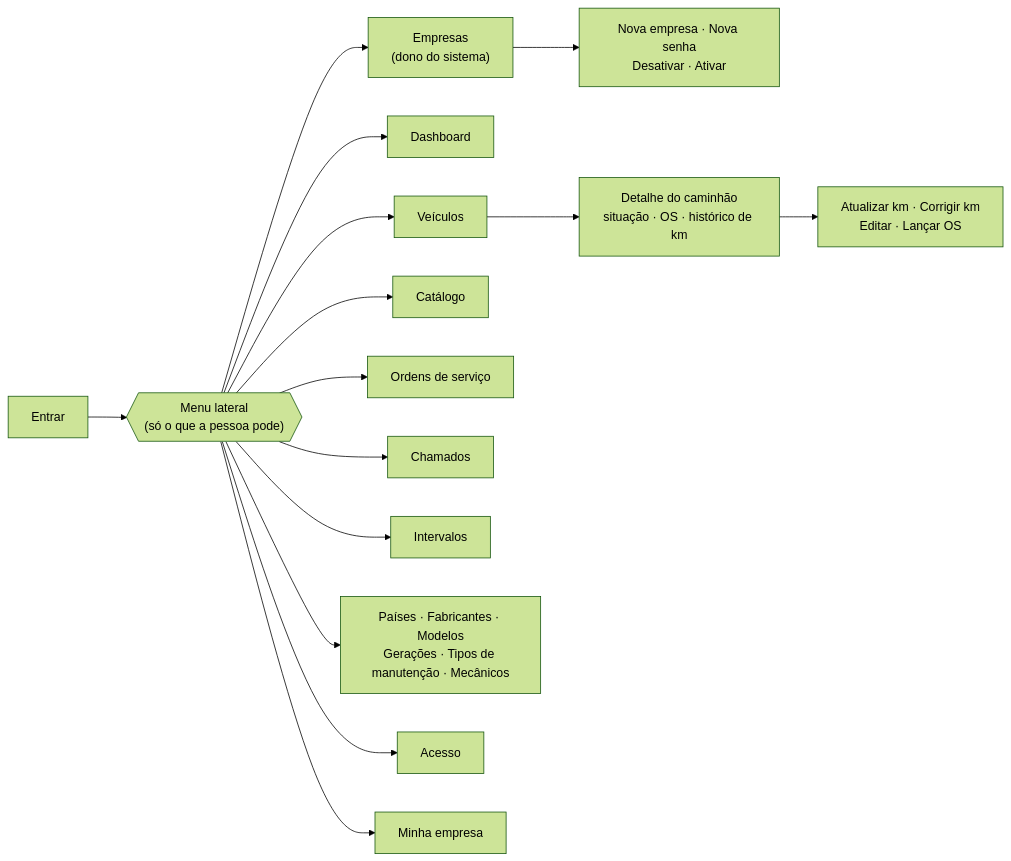
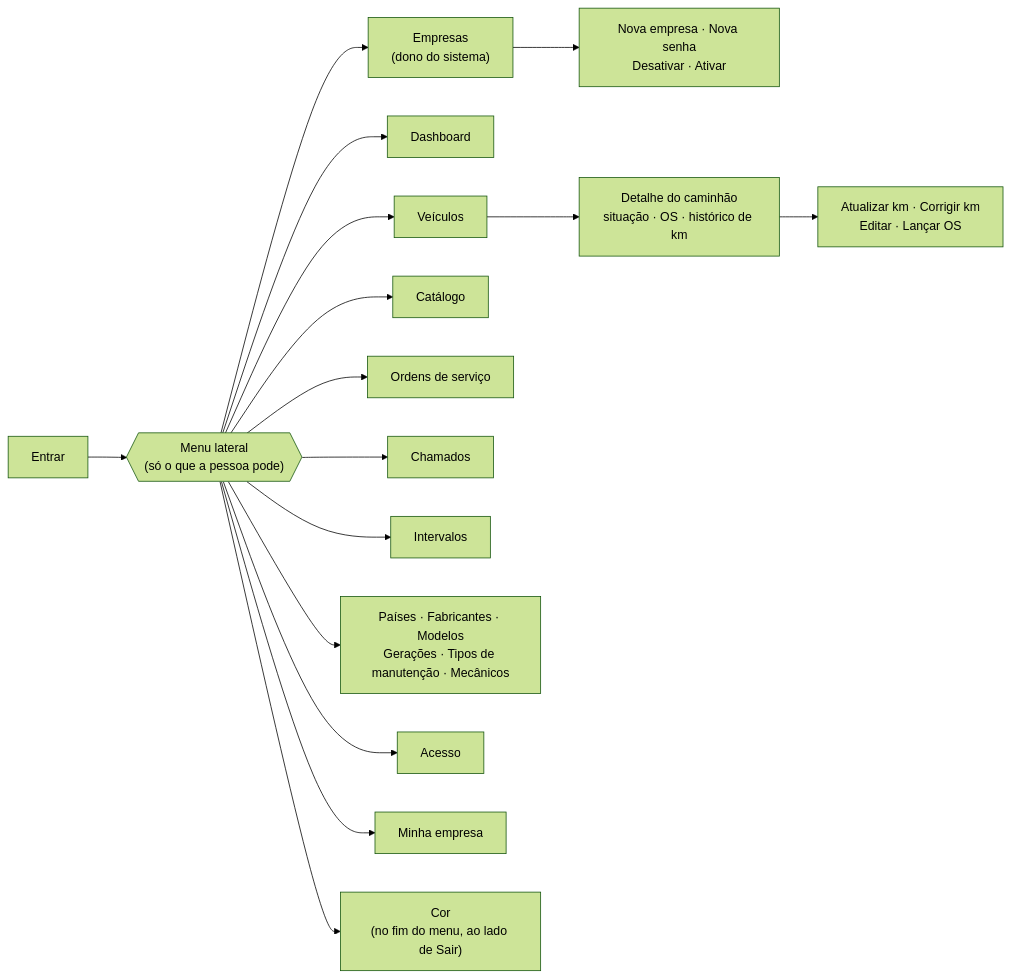
The first of 2 diagrams in docs/telas.md (LeandroPoletti/CheckTruck), drawn with Mermaid (forest theme) before and after one commit. The commit also changed other lines of this file and 94 other files, not shown here.

````diff
--- a/docs/telas.md
+++ b/docs/telas.md
@@ -8,18 +8,19 @@
 ```mermaid
 flowchart LR
     login["Entrar"] --> menu{{"Menu lateral<br/>(só o que a pessoa pode)"}}
 
     menu --> empresas["Empresas<br/>(dono do sistema)"]
     empresas --> acoesEmp["Nova empresa · Nova senha<br/>Desativar · Ativar"]
     menu --> dash["Dashboard"]
     menu --> veic["Veículos"]
     veic --> det["Detalhe do caminhão<br/>situação · OS · histórico de km"]
     det --> acoes["Atualizar km · Corrigir km<br/>Editar · Lançar OS"]
     menu --> cat["Catálogo"]
     menu --> os["Ordens de serviço"]
     menu --> cham["Chamados"]
     menu --> int["Intervalos"]
     menu --> cad["Países · Fabricantes · Modelos<br/>Gerações · Tipos de manutenção · Mecânicos"]
     menu --> acesso["Acesso"]
     menu --> emp["Minha empresa"]
+    menu --> cor["Cor<br/>(no fim do menu, ao lado de Sair)"]
 ```
````
